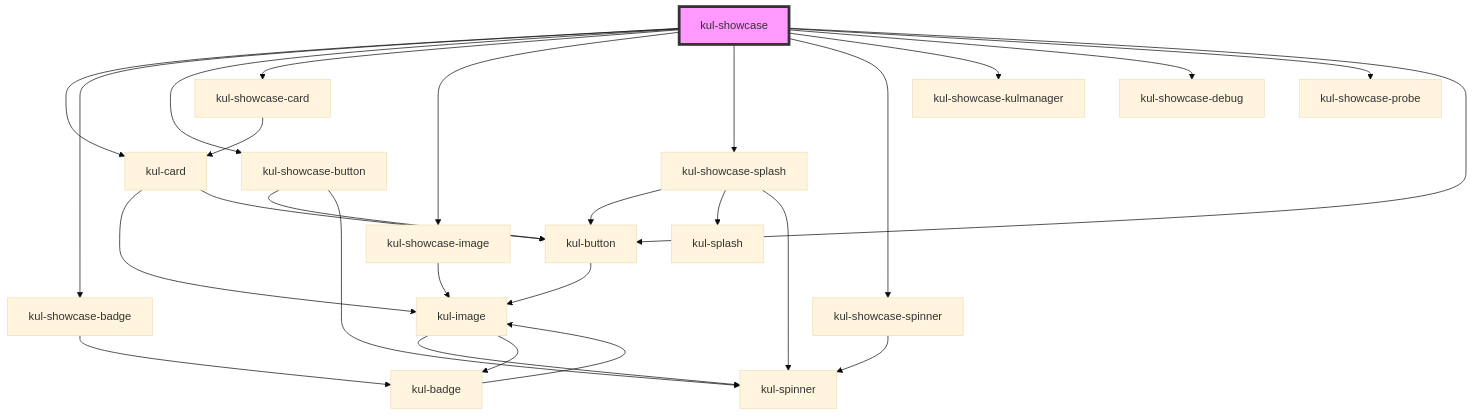
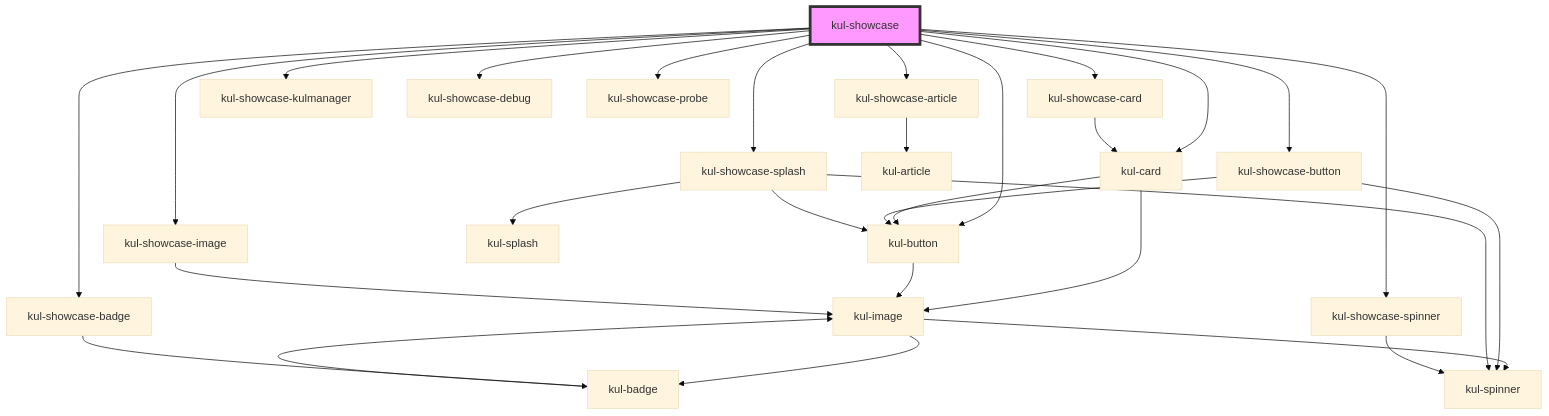
One commit to smeup/ketchup changed the diagram in packages/ketchup-lite/src/components/kul-showcase/readme.md. Above: the diagram before and after it, drawn with Mermaid (base theme). The commit also changed other lines of this file and 13 other files, not shown here.

Commit message:
feat (kul-article): managed JSON nesting

````diff
--- a/packages/ketchup-lite/src/components/kul-showcase/readme.md
+++ b/packages/ketchup-lite/src/components/kul-showcase/readme.md
@@ -94,30 +95,32 @@
 ```mermaid
 graph TD;
   kul-showcase --> kul-card
+  kul-showcase --> kul-showcase-article
   kul-showcase --> kul-showcase-badge
   kul-showcase --> kul-showcase-button
   kul-showcase --> kul-showcase-card
   kul-showcase --> kul-showcase-image
   kul-showcase --> kul-showcase-splash
   kul-showcase --> kul-showcase-spinner
   kul-showcase --> kul-showcase-kulmanager
   kul-showcase --> kul-showcase-debug
   kul-showcase --> kul-showcase-probe
   kul-showcase --> kul-button
   kul-card --> kul-image
   kul-card --> kul-button
   kul-image --> kul-spinner
   kul-image --> kul-badge
   kul-badge --> kul-image
   kul-button --> kul-image
+  kul-showcase-article --> kul-article
   kul-showcase-badge --> kul-badge
   kul-showcase-button --> kul-button
   kul-showcase-button --> kul-spinner
   kul-showcase-card --> kul-card
   kul-showcase-image --> kul-image
   kul-showcase-splash --> kul-button
   kul-showcase-splash --> kul-splash
   kul-showcase-splash --> kul-spinner
   kul-showcase-spinner --> kul-spinner
   style kul-showcase fill:#f9f,stroke:#333,stroke-width:4px
 ```
````
